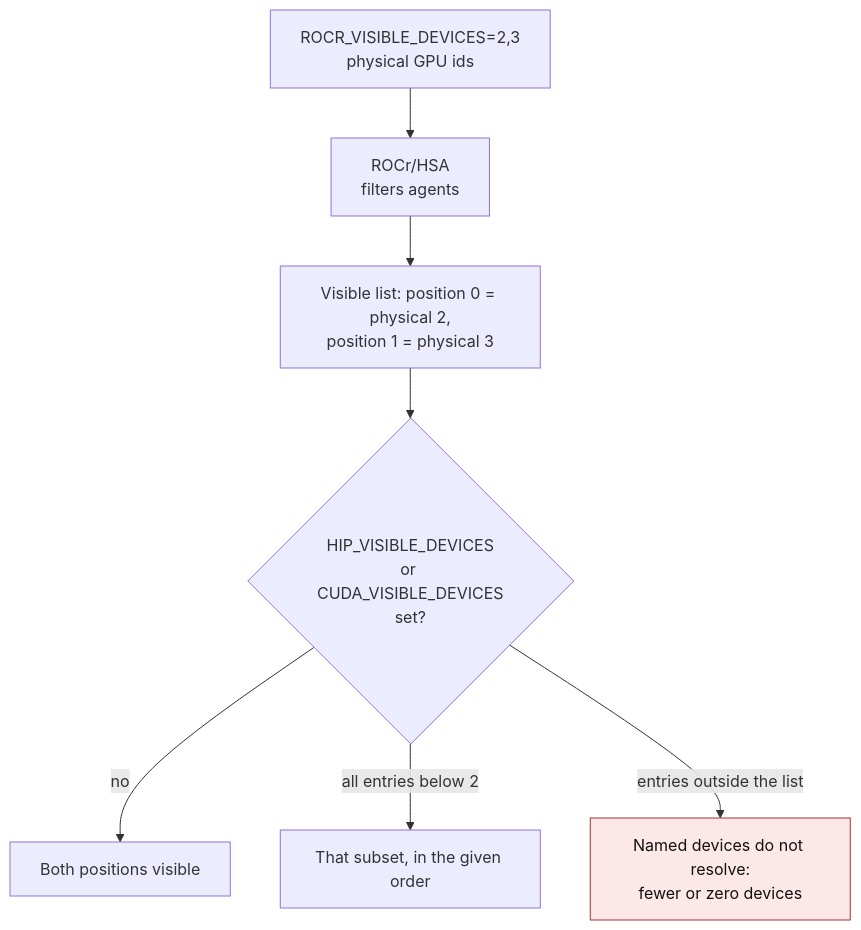
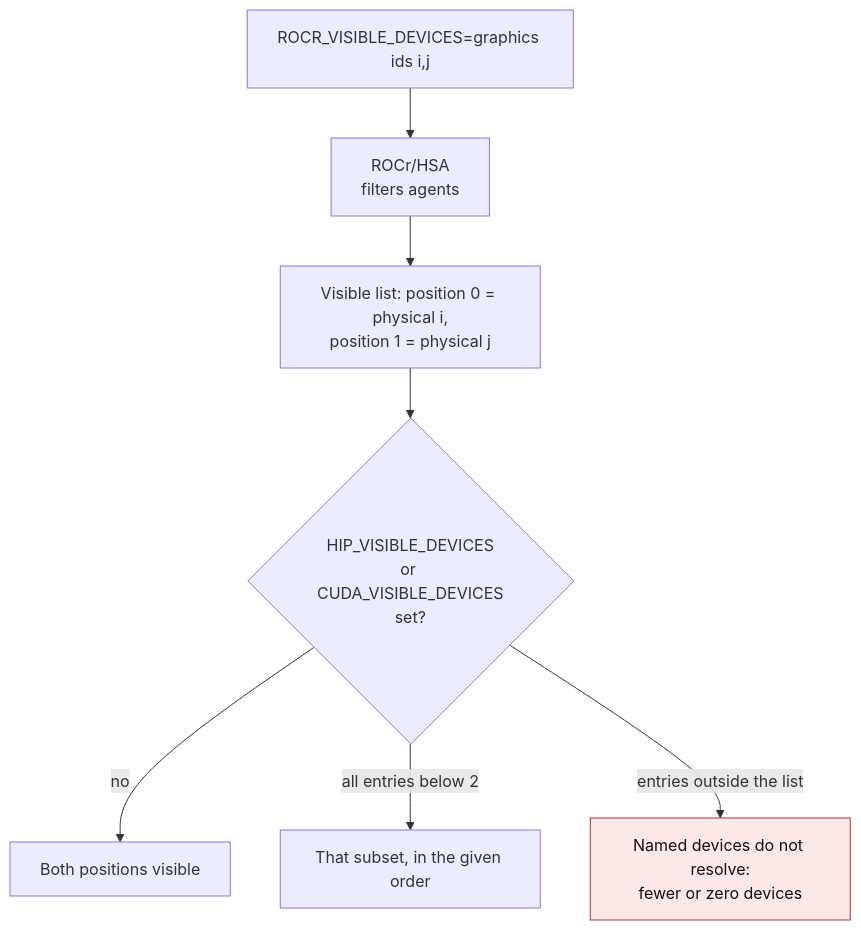
The first of 2 diagrams in docs/accelerator-visibility-environment.md (ModelCloud/GPTQModel), drawn with Mermaid before and after one commit. The commit also changed other lines of this file and 1 other file, not shown here.

First line of the commit message:
test(rocm): use synthetic device ids in visibility fixtures

````diff
--- a/docs/accelerator-visibility-environment.md
+++ b/docs/accelerator-visibility-environment.md
@@ -20,11 +24,11 @@
 ```mermaid
 flowchart TD
-    A["ROCR_VISIBLE_DEVICES=2,3<br/>physical GPU ids"] --> B["ROCr/HSA<br/>filters agents"]
-    B --> C["Visible list: position 0 = physical 2,<br/>position 1 = physical 3"]
+    A["ROCR_VISIBLE_DEVICES=graphics ids i,j"] --> B["ROCr/HSA<br/>filters agents"]
+    B --> C["Visible list: position 0 = physical i,<br/>position 1 = physical j"]
     C --> D{"HIP_VISIBLE_DEVICES<br/>or CUDA_VISIBLE_DEVICES<br/>set?"}
     D -- "no" --> E["Both positions visible"]
     D -- "all entries below 2" --> F["That subset, in the given order"]
     D -- "entries outside the list" --> G["Named devices do not resolve:<br/>fewer or zero devices"]
     classDef failure fill:#fce8e6,stroke:#a33,color:#111
     class G failure
 ```
````
